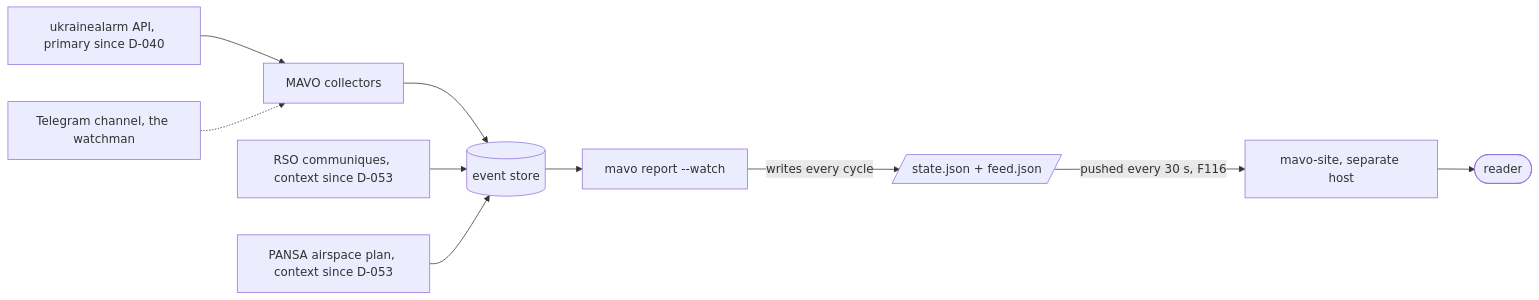
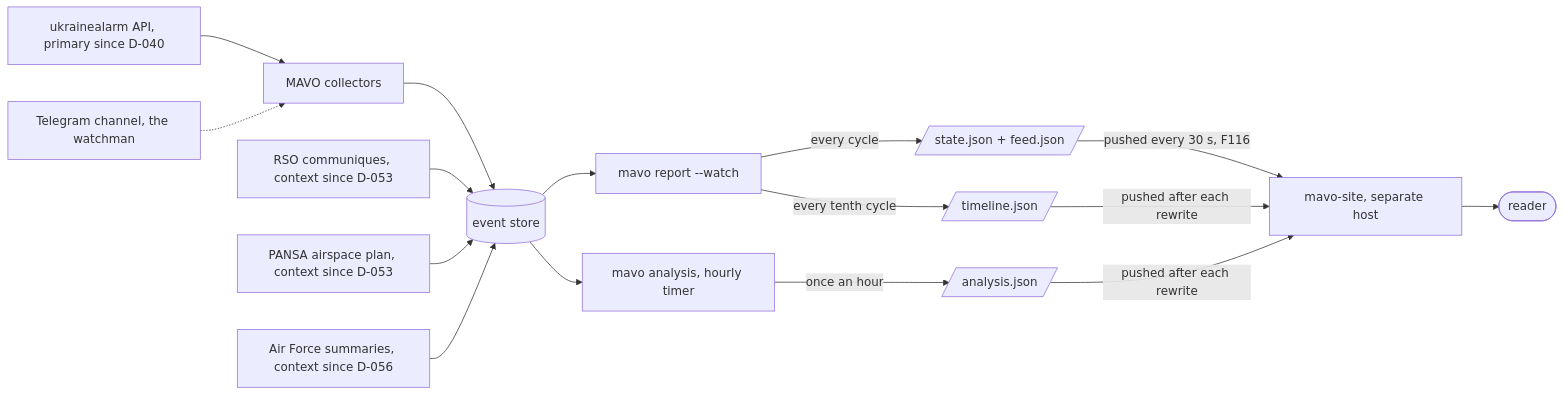
Before and after one commit to jerzy99jerzy/air-alert-early-warning: the diagram in docs/WEBAPP.md, drawn with Mermaid. The commit also changed other lines of this file and 20 other files, not shown here.

````diff
--- a/docs/WEBAPP.md
+++ b/docs/WEBAPP.md
@@ -478,12 +479,18 @@
 ```mermaid
 flowchart LR
   api[ukrainealarm API, primary since D-040] --> collector[MAVO collectors]
   channel[Telegram channel, the watchman] -.-> collector
   collector --> store[(event store)]
   rso[RSO communiques, context since D-053] --> store
   pansa[PANSA airspace plan, context since D-053] --> store
+  kpszsu[Air Force summaries, context since D-056] --> store
   store --> report[mavo report --watch]
-  report -->|writes every cycle| state[/state.json + feed.json/]
+  store --> analysis[mavo analysis, hourly timer]
+  report -->|every cycle| state[/state.json + feed.json/]
+  report -->|every tenth cycle| week[/timeline.json/]
+  analysis -->|once an hour| weeks[/analysis.json/]
   state -->|pushed every 30 s, F116| site[mavo-site, separate host]
+  week -->|pushed after each rewrite| site
+  weeks -->|pushed after each rewrite| site
   site --> reader([reader])
 ```
````
